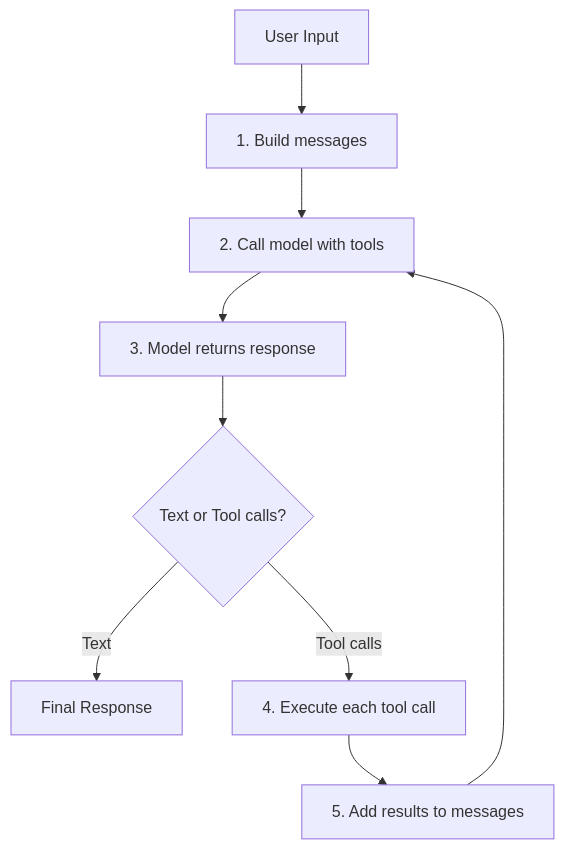
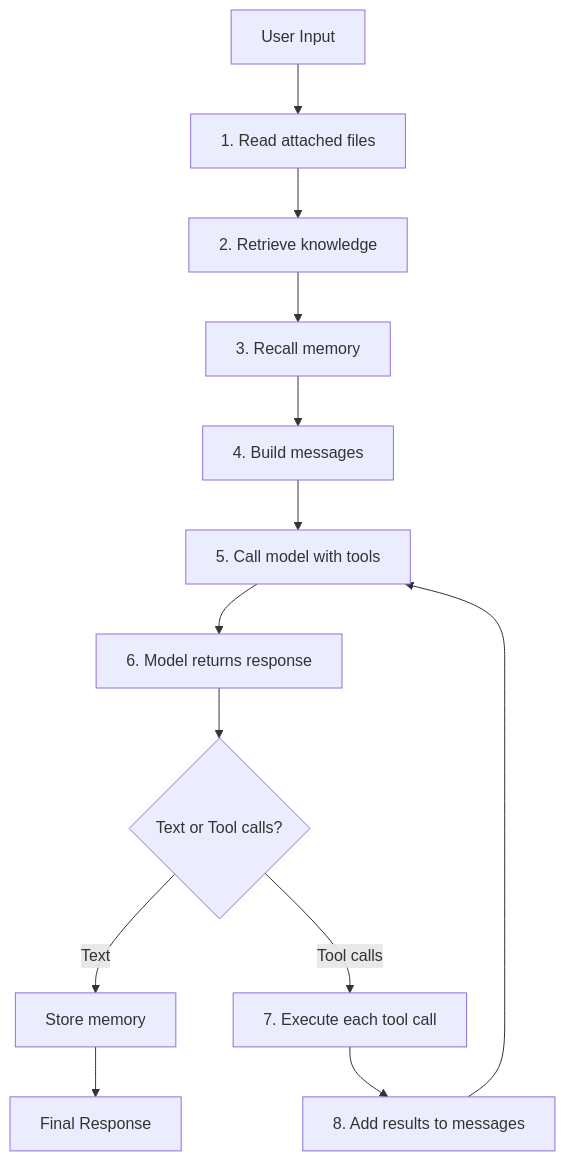
The diagram in definable/docs/agents/overview.mdx (definableai/definable.ai), drawn with Mermaid before and after one commit. The commit also changed other lines of this file and 25 other files, not shown here.

`````diff
--- a/definable/docs/agents/overview.mdx
+++ b/definable/docs/agents/overview.mdx
@@ -14,11 +14,15 @@
 ````mermaid
 flowchart TD
-  UserInput["User Input"] --> BuildMsgs["1. Build messages"]
-  BuildMsgs --> CallModel["2. Call model with tools"]
-  CallModel --> ModelResp["3. Model returns response"]
+  UserInput["User Input"] --> ReadFiles["1. Read attached files"]
+  ReadFiles --> RetrieveKnowledge["2. Retrieve knowledge"]
+  RetrieveKnowledge --> RecallMemory["3. Recall memory"]
+  RecallMemory --> BuildMsgs["4. Build messages"]
+  BuildMsgs --> CallModel["5. Call model with tools"]
+  CallModel --> ModelResp["6. Model returns response"]
   ModelResp --> Decision{Text or Tool calls?}
-  Decision -->|Text| FinalResp["Final Response"]
-  Decision -->|Tool calls| ExecTools["4. Execute each tool call"]
-  ExecTools --> AddResults["5. Add results to messages"]
+  Decision -->|Text| StoreMemory["Store memory"]
+  StoreMemory --> FinalResp["Final Response"]
+  Decision -->|Tool calls| ExecTools["7. Execute each tool call"]
+  ExecTools --> AddResults["8. Add results to messages"]
   AddResults --> CallModel
 ````
`````
